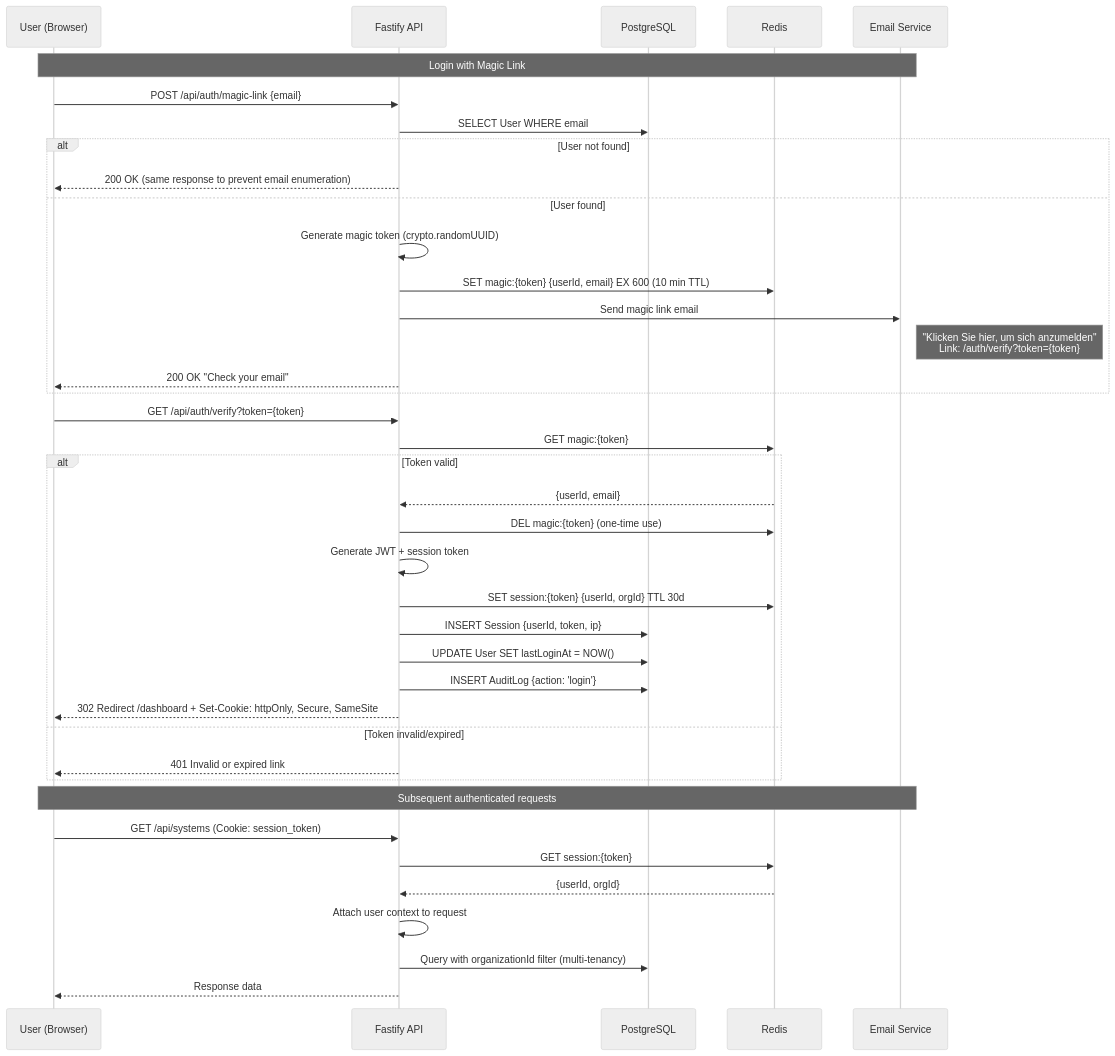
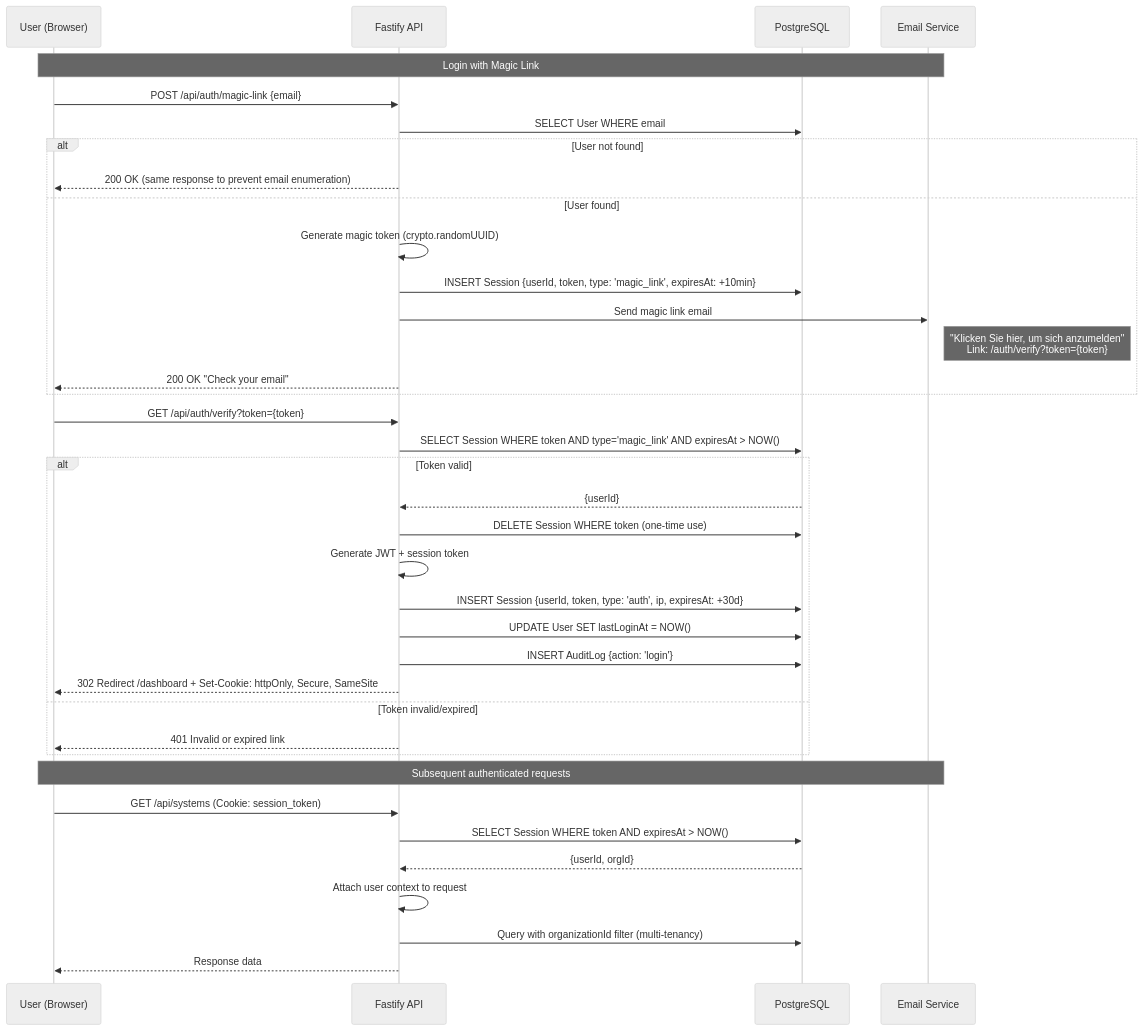
Before and after one commit to complior/complior: the eighth of 10 diagrams in docs/DATA-FLOWS.md, drawn with Mermaid (neutral theme). The commit also changed other lines of this file and 2 other files, not shown here.

First line of the commit message:
docs: replace BullMQ+Redis with pg-boss (PostgreSQL-native) for MVP

````diff
--- a/docs/DATA-FLOWS.md
+++ b/docs/DATA-FLOWS.md
@@ -377,47 +367,45 @@
 ```mermaid
 sequenceDiagram
     participant User as User (Browser)
     participant API as Fastify API
     participant DB as PostgreSQL
-    participant Redis as Redis
     participant Email as Email Service
 
     Note over User,Email: Login with Magic Link
 
     User->>API: POST /api/auth/magic-link {email}
     API->>DB: SELECT User WHERE email
     alt User not found
         API-->>User: 200 OK (same response to prevent email enumeration)
     else User found
         API->>API: Generate magic token (crypto.randomUUID)
-        API->>Redis: SET magic:{token} {userId, email} EX 600 (10 min TTL)
+        API->>DB: INSERT Session {userId, token, type: 'magic_link', expiresAt: +10min}
         API->>Email: Send magic link email
         Note right of Email: "Klicken Sie hier, um sich anzumelden"<br/>Link: /auth/verify?token={token}
         API-->>User: 200 OK "Check your email"
     end
 
     User->>API: GET /api/auth/verify?token={token}
-    API->>Redis: GET magic:{token}
+    API->>DB: SELECT Session WHERE token AND type='magic_link' AND expiresAt > NOW()
     alt Token valid
-        Redis-->>API: {userId, email}
-        API->>Redis: DEL magic:{token} (one-time use)
+        DB-->>API: {userId}
+        API->>DB: DELETE Session WHERE token (one-time use)
 
         API->>API: Generate JWT + session token
-        API->>Redis: SET session:{token} {userId, orgId} TTL 30d
-        API->>DB: INSERT Session {userId, token, ip}
+        API->>DB: INSERT Session {userId, token, type: 'auth', ip, expiresAt: +30d}
         API->>DB: UPDATE User SET lastLoginAt = NOW()
         API->>DB: INSERT AuditLog {action: 'login'}
 
         API-->>User: 302 Redirect /dashboard + Set-Cookie: httpOnly, Secure, SameSite
     else Token invalid/expired
         API-->>User: 401 Invalid or expired link
     end
 
     Note over User,Email: Subsequent authenticated requests
     User->>API: GET /api/systems (Cookie: session_token)
-    API->>Redis: GET session:{token}
-    Redis-->>API: {userId, orgId}
+    API->>DB: SELECT Session WHERE token AND expiresAt > NOW()
+    DB-->>API: {userId, orgId}
     API->>API: Attach user context to request
     API->>DB: Query with organizationId filter (multi-tenancy)
     API-->>User: Response data
 ```
````
